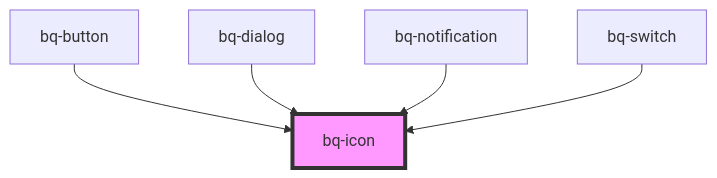
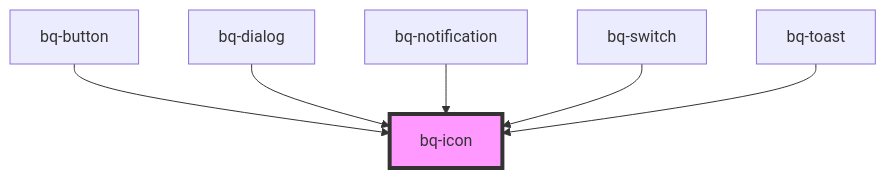
The diagram in packages/bee-q/src/components/icon/readme.md (Endava/BEEQ), drawn with Mermaid before and after one commit. The commit also changed other lines of this file and 4 other files, not shown here.

````diff
--- a/packages/bee-q/src/components/icon/readme.md
+++ b/packages/bee-q/src/components/icon/readme.md
@@ -45,8 +46,9 @@
 ```mermaid
 graph TD;
   bq-button --> bq-icon
   bq-dialog --> bq-icon
   bq-notification --> bq-icon
   bq-switch --> bq-icon
+  bq-toast --> bq-icon
   style bq-icon fill:#f9f,stroke:#333,stroke-width:4px
 ```
````
